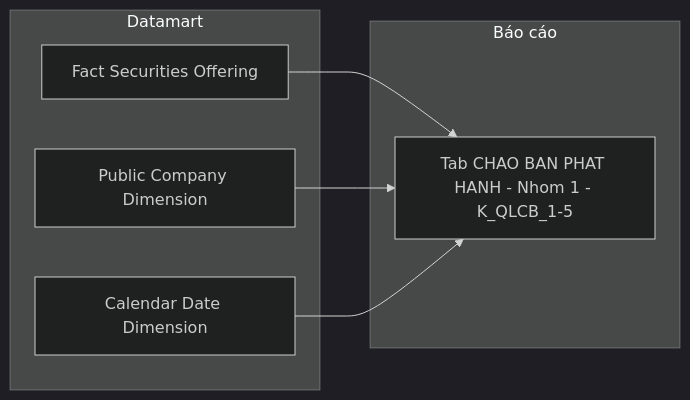
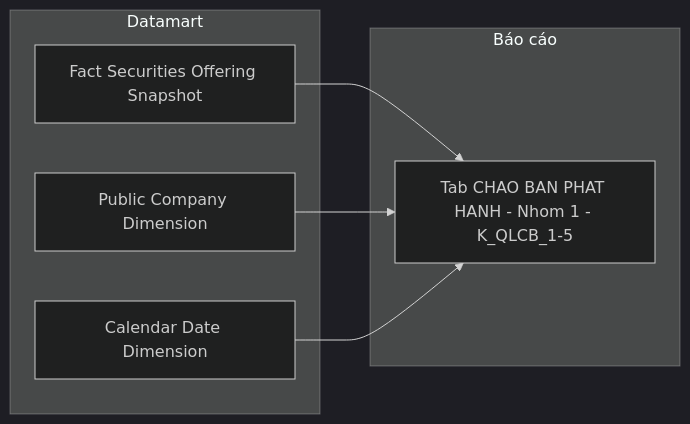
One commit to linhlvit/ubck_atomic_design changed the seventh of 22 diagrams in Datamart/hld/DTM_QLCB_HLD.md. Above: the diagram before and after it, drawn with Mermaid (dark theme). The commit also changed other lines of this file and 70 other files, not shown here.

````diff
--- a/Datamart/hld/DTM_QLCB_HLD.md
+++ b/Datamart/hld/DTM_QLCB_HLD.md
@@ -324,14 +325,14 @@
 ```mermaid
 flowchart LR
     subgraph Datamart["Datamart"]
-        G1["Fact Securities Offering"]
+        G1["Fact Securities Offering Snapshot"]
         G2["Public Company Dimension"]
         G4["Calendar Date Dimension"]
     end
     subgraph RPT["Báo cáo"]
         R1["Tab CHAO BAN PHAT HANH - Nhom 1 - K_QLCB_1-5"]
     end
     G1 --> R1
     G2 --> R1
     G4 --> R1
 ```
````
